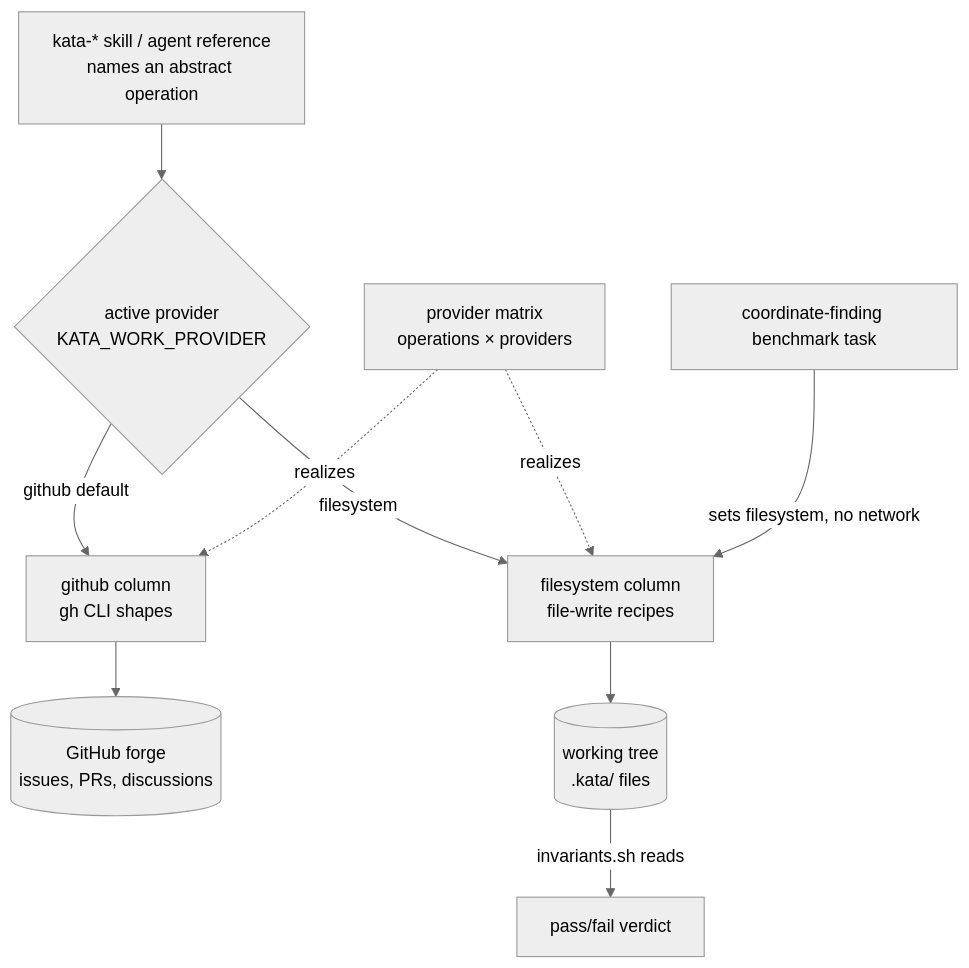
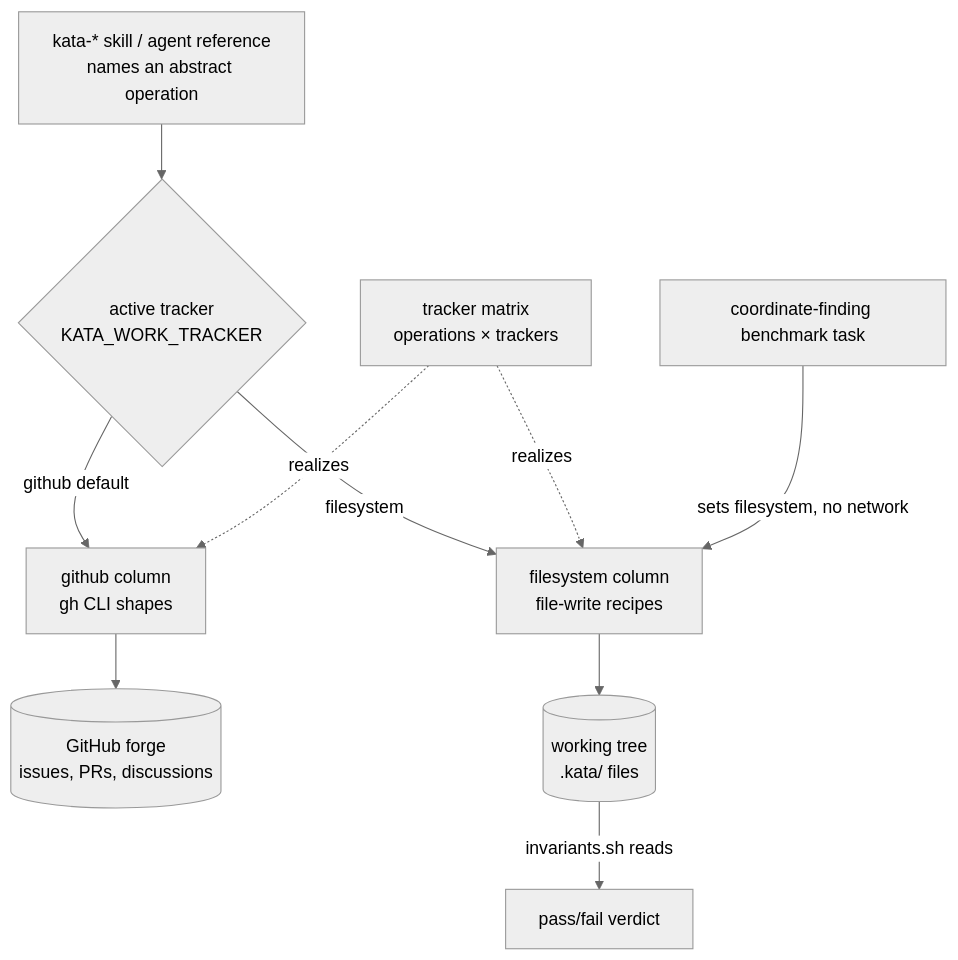
Before and after one commit to forwardimpact/monorepo: the diagram in specs/2090-work-item-provider-abstraction/design-a.md, drawn with Mermaid (neutral theme). The commit also changed other lines of this file and 5 other files, not shown here.

First line of the commit message:
design(2090): work-item tracker abstraction (design-b + spec amendment) (#1785)

````diff
--- a/specs/2090-work-item-provider-abstraction/design-a.md
+++ b/specs/2090-work-item-provider-abstraction/design-a.md
@@ -12,12 +12,12 @@
 ```mermaid
 flowchart TD
-  S[kata-* skill / agent reference<br/>names an abstract operation] --> SEL{active provider<br/>KATA_WORK_PROVIDER}
+  S[kata-* skill / agent reference<br/>names an abstract operation] --> SEL{active tracker<br/>KATA_WORK_TRACKER}
   SEL -->|github default| GH[github column<br/>gh CLI shapes]
   SEL -->|filesystem| FS[filesystem column<br/>file-write recipes]
   GH --> FORGE[(GitHub forge<br/>issues, PRs, discussions)]
   FS --> TREE[(working tree<br/>.kata/ files)]
-  MATRIX[provider matrix<br/>operations × providers] -.realizes.-> GH
+  MATRIX[tracker matrix<br/>operations × trackers] -.realizes.-> GH
   MATRIX -.realizes.-> FS
   BENCH[coordinate-finding benchmark task] -->|sets filesystem, no network| FS
   TREE -->|invariants.sh reads| VERDICT[pass/fail verdict]
 ```
````
